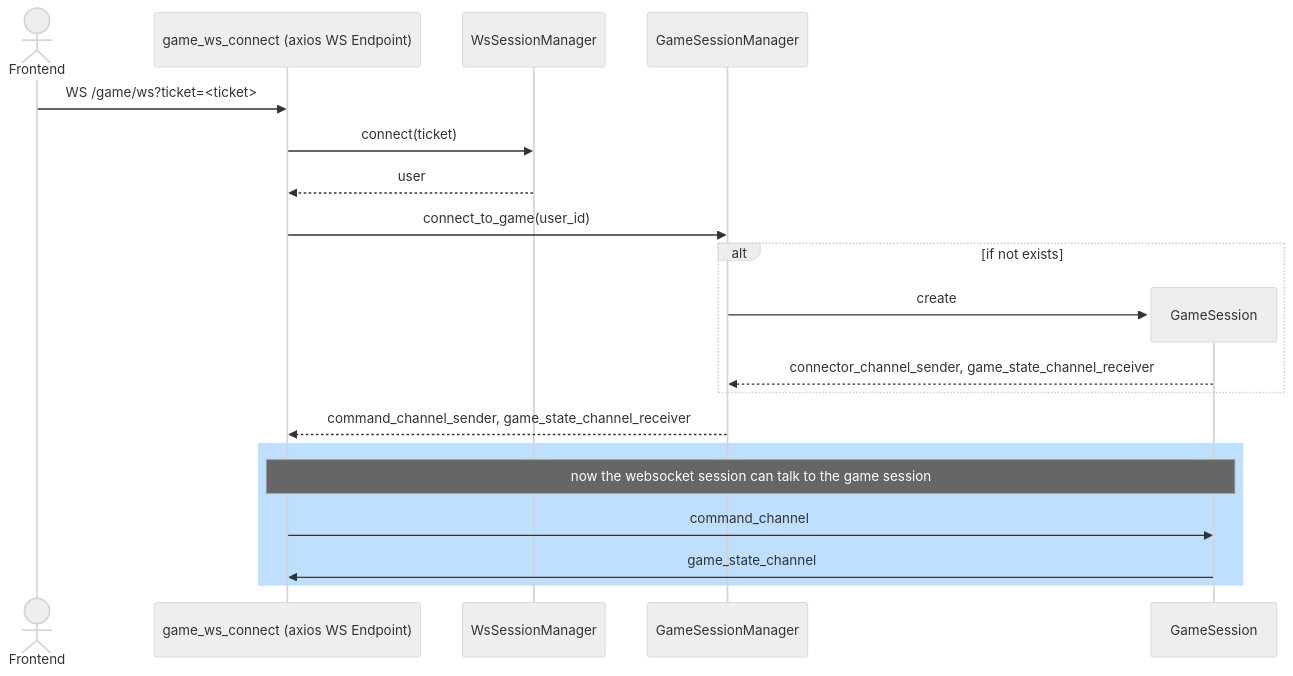
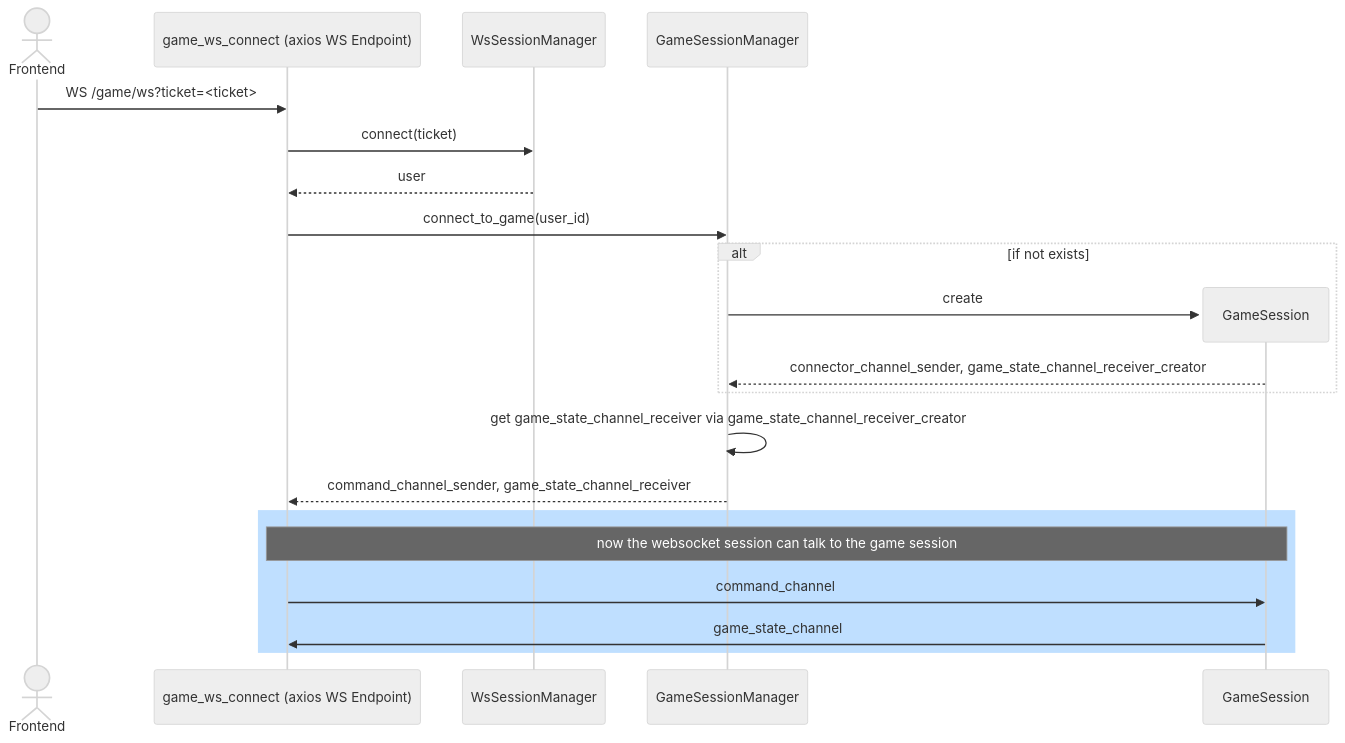
One commit to jakob-rzeppa/turnkeeper changed the second of 2 diagrams in docs/backend/processes/websocket-session.md. Above: the diagram before and after it, drawn with Mermaid (neutral theme). The commit also changed other lines of this file and 1 other file, not shown here.

````diff
--- a/docs/backend/processes/websocket-session.md
+++ b/docs/backend/processes/websocket-session.md
@@ -33,26 +33,27 @@
 ```mermaid
 sequenceDiagram
     actor f as Frontend
     participant ws_c as game_ws_connect (axios WS Endpoint)
     participant wsm as WsSessionManager
     participant gsm as GameSessionManager
 
     f ->> ws_c : WS /game/ws?ticket=<ticket>
     ws_c ->> wsm : connect(ticket)
     wsm -->> ws_c : user
 
     ws_c ->> gsm : connect_to_game(user_id)
 
     alt if not exists
     create participant gs as GameSession
     gsm ->> gs : create
-    gs -->> gsm : connector_channel_sender, game_state_channel_receiver
+    gs -->> gsm : connector_channel_sender, game_state_channel_receiver_creator
     end
+    gsm ->> gsm : get game_state_channel_receiver via game_state_channel_receiver_creator
     gsm -->> ws_c : command_channel_sender, game_state_channel_receiver
 
     rect rgb(191, 223, 255)
     note over ws_c, gs : now the websocket session can talk to the game session
     ws_c ->> gs : command_channel
     gs ->> ws_c : game_state_channel
     end
 ```
````
